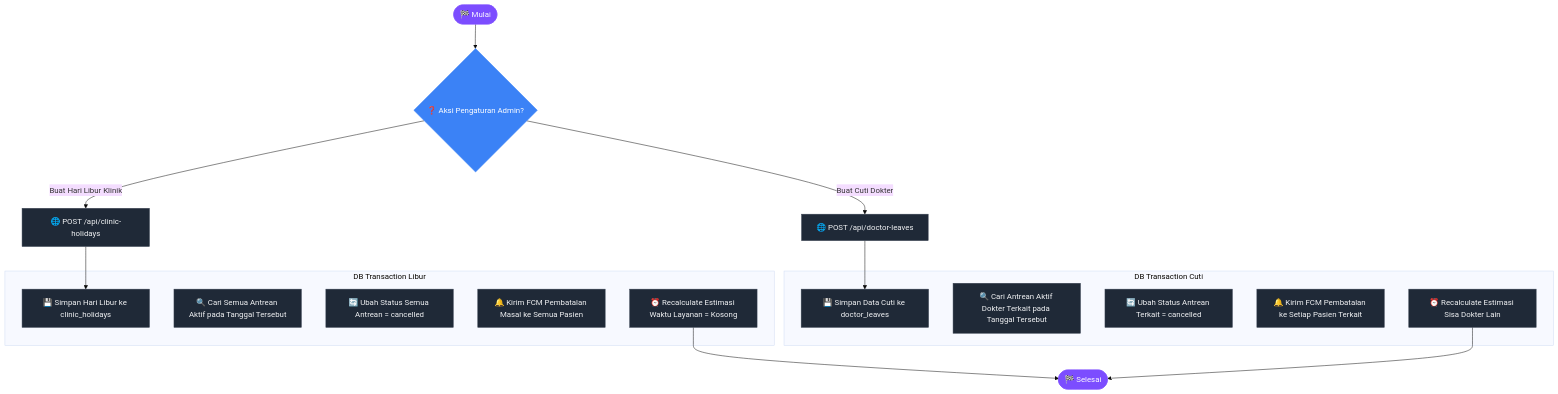
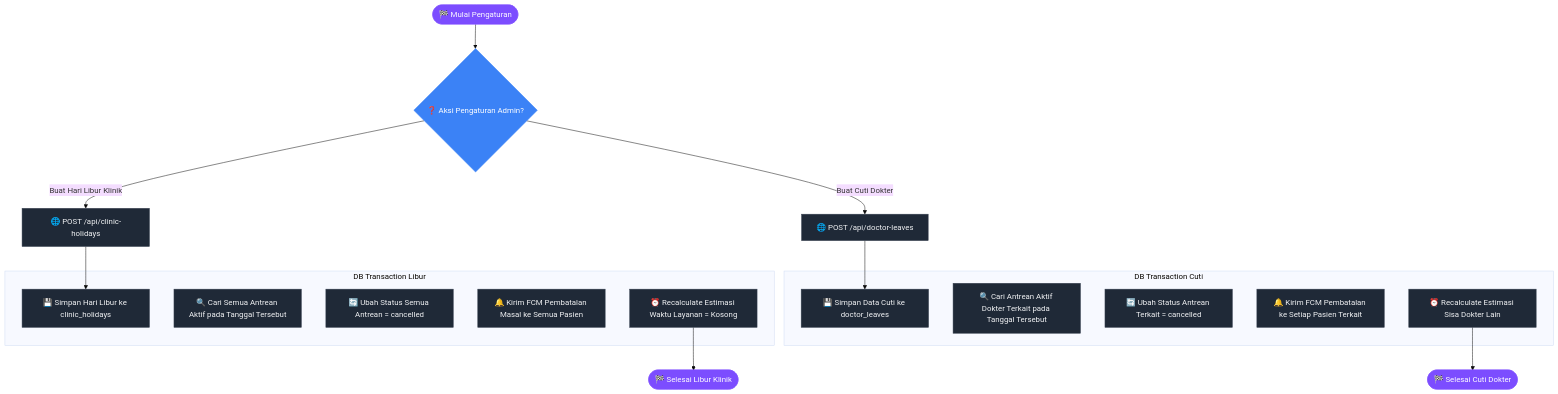
The tenth of 10 diagrams in dokumentasi/ALUR_BISNIS.md (Rezi14/NalaSeva-Mobile-Test), drawn with Mermaid (base theme) before and after one commit. The commit also changed other lines of this file, not shown here.

````diff
--- a/dokumentasi/ALUR_BISNIS.md
+++ b/dokumentasi/ALUR_BISNIS.md
@@ -406,32 +408,30 @@
 ```mermaid
 flowchart TD
     classDef default fill:#1f2937,stroke:#374151,stroke-width:1px,color:#f3f4f6;
     classDef startEnd fill:#7c4dff,stroke:#7c4dff,color:#fff;
     classDef decision fill:#3b82f6,stroke:#3b82f6,color:#fff;
 
-    Start([🏁 Mulai]):::startEnd --> Action{❓ Aksi Pengaturan Admin?}:::decision
+    Start([🏁 Mulai Pengaturan]):::startEnd --> Action{❓ Aksi Pengaturan Admin?}:::decision
     
     Action -- Buat Hari Libur Klinik --> Holiday[🌐 POST /api/clinic-holidays]
     subgraph DB Transaction Libur
         H1[💾 Simpan Hari Libur ke clinic_holidays]
         H2[🔍 Cari Semua Antrean Aktif pada Tanggal Tersebut]
         H3[🔄 Ubah Status Semua Antrean = cancelled]
         H4[🔔 Kirim FCM Pembatalan Masal ke Semua Pasien]
         H5[⏰ Recalculate Estimasi Waktu Layanan = Kosong]
     end
     Holiday --> H1
-    H5 --> Done
+    H5 --> Done1([🏁 Selesai Libur Klinik]):::startEnd
     
     Action -- Buat Cuti Dokter --> Leave[🌐 POST /api/doctor-leaves]
     subgraph DB Transaction Cuti
         L1[💾 Simpan Data Cuti ke doctor_leaves]
         L2[🔍 Cari Antrean Aktif Dokter Terkait pada Tanggal Tersebut]
         L3[🔄 Ubah Status Antrean Terkait = cancelled]
         L4[🔔 Kirim FCM Pembatalan ke Setiap Pasien Terkait]
         L5[⏰ Recalculate Estimasi Sisa Dokter Lain]
     end
     Leave --> L1
-    L5 --> Done
-    
-    Done([🏁 Selesai]):::startEnd
+    L5 --> Done2([🏁 Selesai Cuti Dokter]):::startEnd
 ```
````
